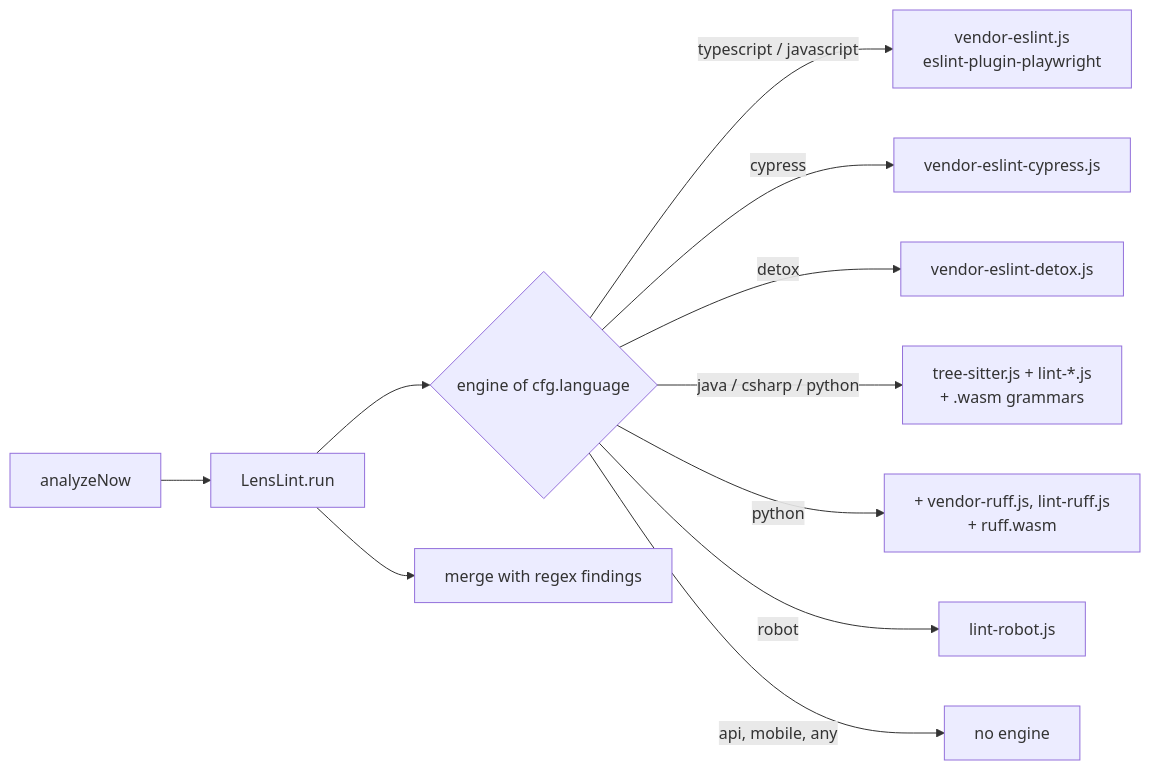
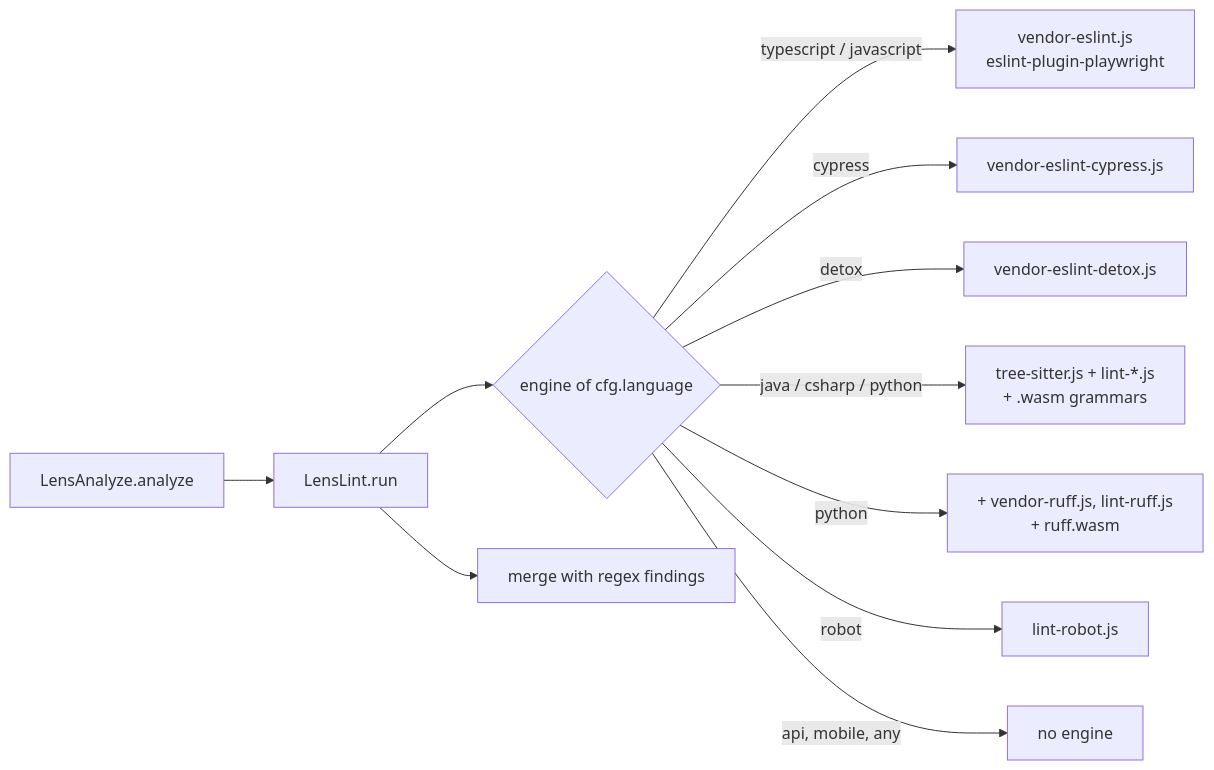
The ninth of 13 diagrams in docs/ARCHITECTURE.md (nikolaylosev/sessionlens), drawn with Mermaid before and after one commit. The commit also changed other lines of this file and 11 other files, not shown here.

````diff
--- a/docs/ARCHITECTURE.md
+++ b/docs/ARCHITECTURE.md
@@ -646,13 +651,13 @@
 ```mermaid
 flowchart LR
-  A[analyzeNow] --> R[LensLint.run]
+  A[LensAnalyze.analyze] --> R[LensLint.run]
   R --> E{"engine of cfg.language"}
   E -->|typescript / javascript| P[vendor-eslint.js<br/>eslint-plugin-playwright]
   E -->|cypress| C[vendor-eslint-cypress.js]
   E -->|detox| D[vendor-eslint-detox.js]
   E -->|java / csharp / python| T[tree-sitter.js + lint-*.js<br/>+ .wasm grammars]
   E -->|python| RF[+ vendor-ruff.js, lint-ruff.js<br/>+ ruff.wasm]
   E -->|robot| RB[lint-robot.js]
   E -->|api, mobile, any| N[no engine]
   R --> M[merge with regex findings]
 ```
````
